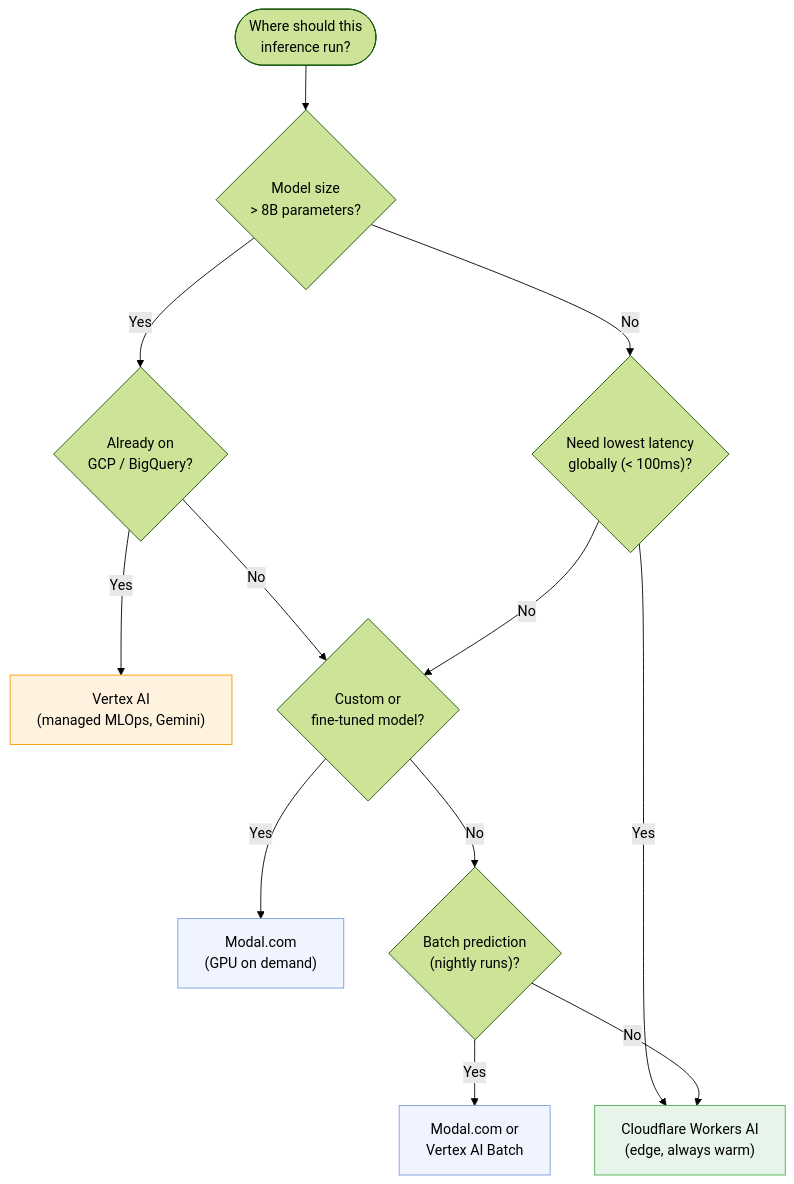
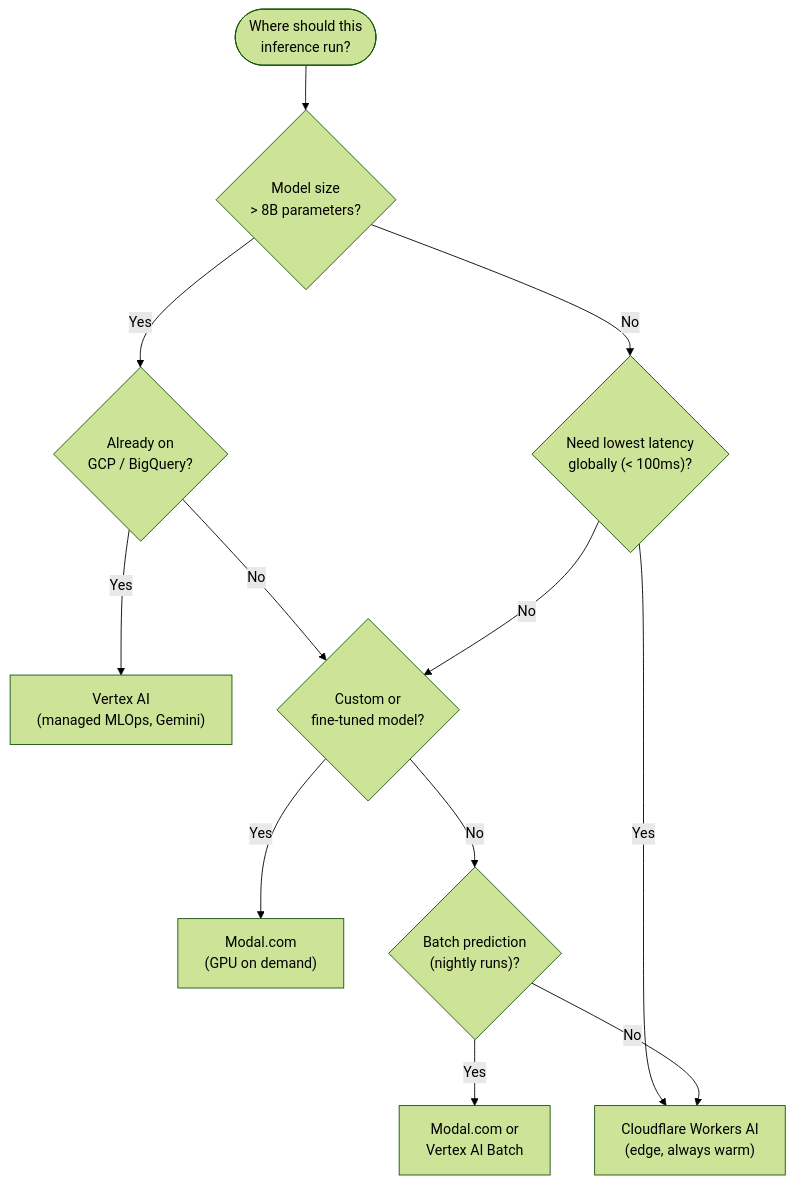
One commit to bchassoul/notes changed diagram 22 of 24 in docs/notes/genstage-broadway-ai.md. Above: the diagram before and after it, drawn with Mermaid (forest theme). The commit also changed other lines of this file and 9 other files, not shown here.

Commit message:
Add diagrams and visual improvements across all notes

````diff
--- a/docs/notes/genstage-broadway-ai.md
+++ b/docs/notes/genstage-broadway-ai.md
@@ -1988,24 +1958,20 @@
 ```mermaid
 flowchart TD
     START(["Where should this\ninference run?"]) --> Q1{"Model size\n> 8B parameters?"}
 
     Q1 -->|"Yes"| Q2{"Already on\nGCP / BigQuery?"}
     Q1 -->|"No"| Q3{"Need lowest latency\nglobally (< 100ms)?"}
 
     Q2 -->|"Yes"| VERTEX["Vertex AI\n(managed MLOps, Gemini)"]
     Q2 -->|"No"| Q4{"Custom or\nfine-tuned model?"}
 
     Q3 -->|"Yes"| CF["Cloudflare Workers AI\n(edge, always warm)"]
     Q3 -->|"No"| Q4
 
     Q4 -->|"Yes"| MODAL_FT["Modal.com\n(GPU on demand)"]
     Q4 -->|"No"| Q5{"Batch prediction\n(nightly runs)?"}
 
     Q5 -->|"Yes"| MODAL_B["Modal.com or\nVertex AI Batch"]
     Q5 -->|"No"| CF
 
-    style CF fill:#e6f4ea,stroke:#4caf50,color:#000
-    style MODAL_FT fill:#f0f4ff,stroke:#7b9cde,color:#000
-    style MODAL_B fill:#f0f4ff,stroke:#7b9cde,color:#000
-    style VERTEX fill:#fff3e0,stroke:#ff9800,color:#000
 ```
````
